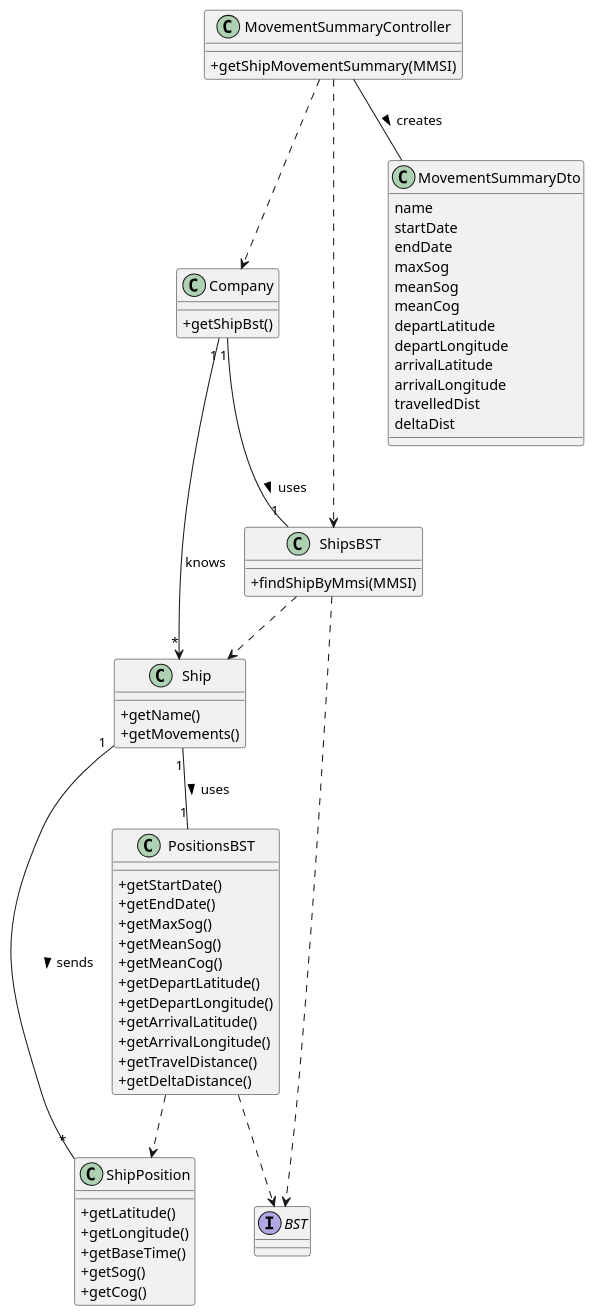
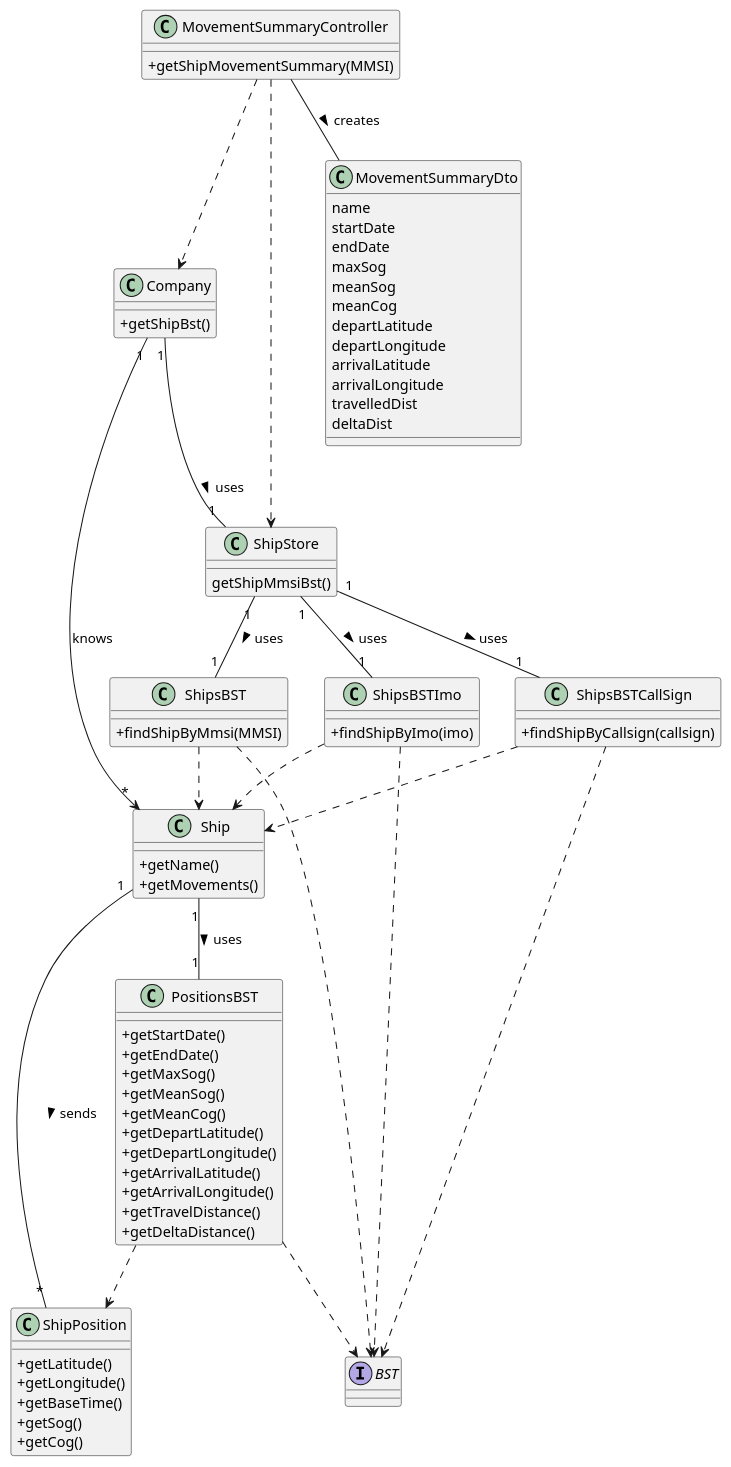
One commit to ana-albergaria/LAPR3-ISEP changed the diagram in docs/US104/CD_104.puml. Above: the diagram before and after it, drawn with PlantUML. The commit also changed 4 other files, not shown here.

```diff
--- a/docs/US104/CD_104.puml
+++ b/docs/US104/CD_104.puml
@@ -1,73 +1,92 @@
 @startuml
 skinparam classAttributeIconSize 0
 
 class Company{
     +getShipBst()
 }
 Interface BST{}
 
 class Ship {
     +getName()
     +getMovements()
 }
 
 class ShipsBST{
     +findShipByMmsi(MMSI)
 }
 
+class ShipsBSTImo{
+    +findShipByImo(imo)
+}
+class ShipsBSTCallSign{
+     +findShipByCallsign(callsign)
+ }
+
+class ShipStore{
+    getShipMmsiBst()
+}
 class ShipPosition{
     +getLatitude()
     +getLongitude()
     +getBaseTime()
     +getSog()
     +getCog()
 }
 
 class PositionsBST {
     +getStartDate()
     +getEndDate()
     +getMaxSog()
     +getMeanSog()
     +getMeanCog()
     +getDepartLatitude()
     +getDepartLongitude()
     +getArrivalLatitude()
     +getArrivalLongitude()
     +getTravelDistance()
     +getDeltaDistance()
 }
 
 
 class MovementSummaryController {
 +getShipMovementSummary(MMSI)
 }
 
 class MovementSummaryDto{
     name
     startDate
     endDate
     maxSog
     meanSog
     meanCog
     departLatitude
     departLongitude
     arrivalLatitude
     arrivalLongitude
     travelledDist
     deltaDist
 }
 
 
+
+
 MovementSummaryController ..> Company
-MovementSummaryController ..> ShipsBST
+MovementSummaryController ..> ShipStore
 MovementSummaryController -- MovementSummaryDto: creates >
 Company "1" --> "*" Ship : knows
-Company "1" -- "1" ShipsBST : uses >
+Company "1" -- "1" ShipStore : uses >
+ShipStore "1" -- "1" ShipsBSTCallSign : uses >
+ShipStore "1" -- "1" ShipsBST : uses >
+ShipStore "1" -- "1" ShipsBSTImo : uses >
 ShipsBST ..> Ship
+ShipsBSTImo ..> Ship
+ShipsBSTCallSign ..> Ship
 Ship "1" -- "*" ShipPosition : sends >
 Ship "1" -- "1" PositionsBST : uses >
 PositionsBST ..> ShipPosition
 ShipsBST ..> BST
+ShipsBSTImo ..> BST
+ShipsBSTCallSign ..> BST
 PositionsBST ..> BST
 
 @enduml
```
